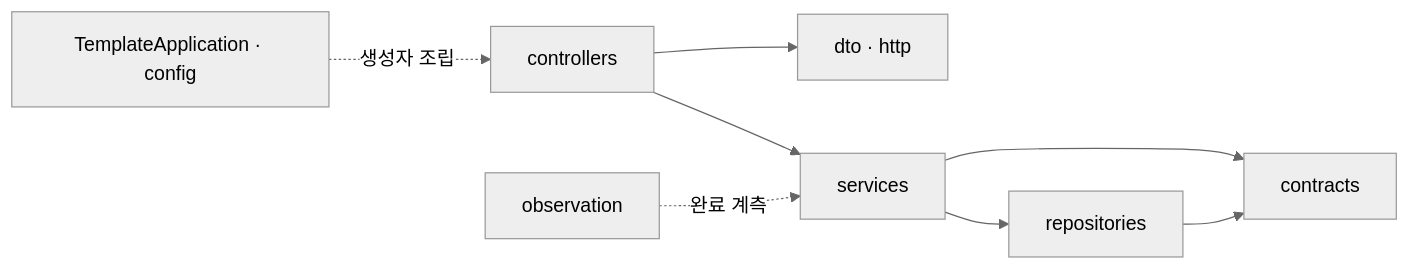
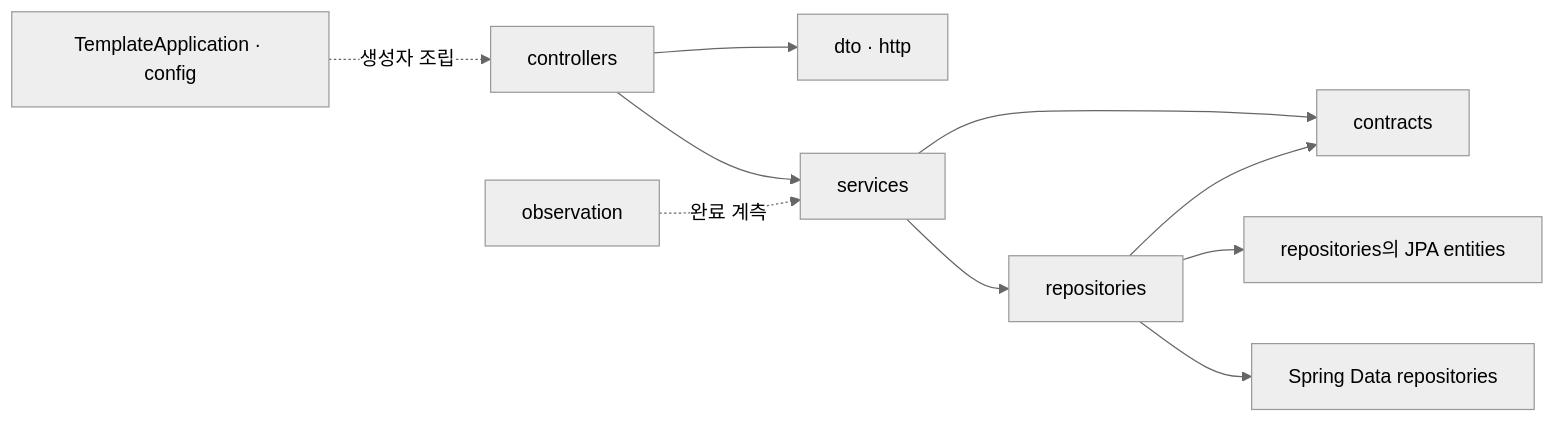
Before and after one commit to Dae-Jeong/backend-template: the diagram in design/implementations/spring-boot-structure.md, drawn with Mermaid (neutral theme). The commit also changed other lines of this file and 3 other files, not shown here.

Commit message:
docs(spring): record JPA verification and migration boundaries

````diff
--- a/design/implementations/spring-boot-structure.md
+++ b/design/implementations/spring-boot-structure.md
@@ -8,10 +8,12 @@
 ```mermaid
 flowchart LR
     BOOT["TemplateApplication · config"] -. 생성자 조립 .-> C["controllers"]
     C --> DTO["dto · http"]
     C --> A["services"]
     A --> R["repositories"]
     A --> CONTRACT["contracts"]
     R --> CONTRACT
+    R --> ENTITY["repositories의 JPA entities"]
+    R --> DATA["Spring Data repositories"]
     OBS["observation"] -. 완료 계측 .-> A
 ```
````
